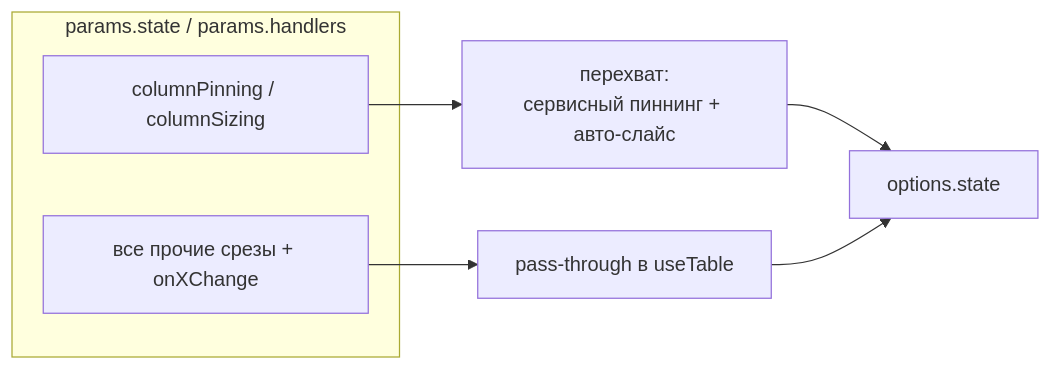
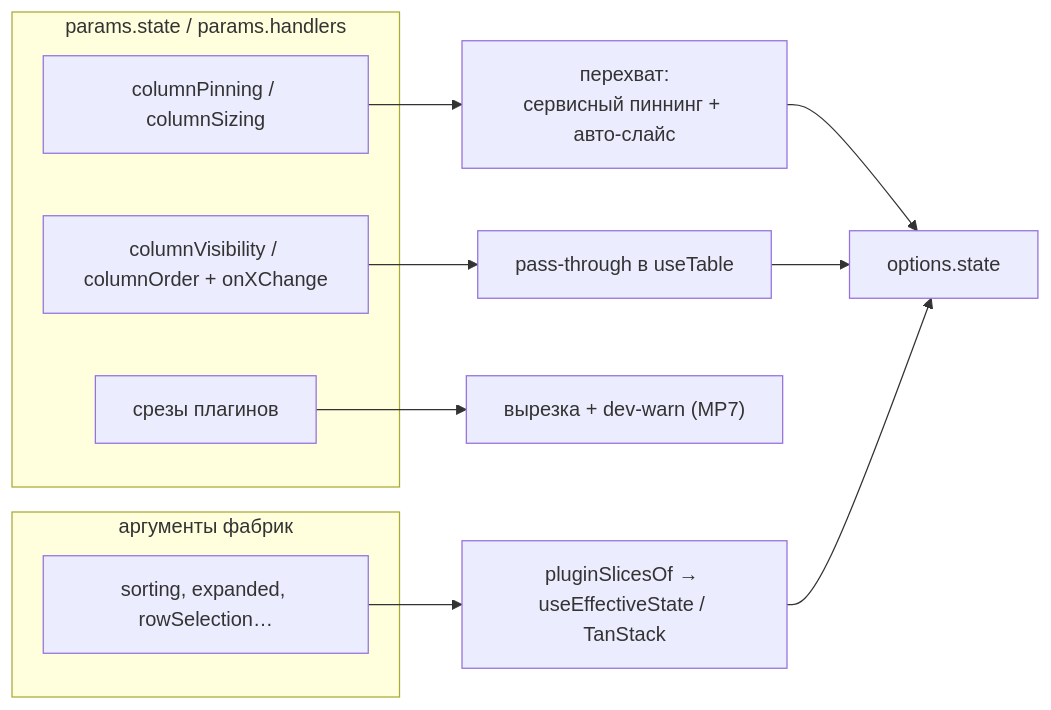
Before and after one commit to tessera-grid/tessera: the second of 2 diagrams in docs/architecture/table-assembly.md, drawn with Mermaid. The commit also changed other lines of this file and 37 other files, not shown here.

````diff
--- a/docs/architecture/table-assembly.md
+++ b/docs/architecture/table-assembly.md
@@ -76,11 +81,18 @@
 ```mermaid
 flowchart LR
     subgraph input["params.state / params.handlers"]
         P["columnPinning / columnSizing"]
-        R["все прочие срезы + onXChange"]
+        R["columnVisibility / columnOrder + onXChange"]
+        F["срезы плагинов"]
+    end
+    subgraph args["аргументы фабрик"]
+        S["sorting, expanded, rowSelection…"]
     end
     P --> CTRL["перехват:<br/>сервисный пиннинг + авто-слайс"]
     R --> PASS["pass-through в useTable"]
+    F --> DROP["вырезка + dev-warn (MP7)"]
+    S --> SLICES["pluginSlicesOf → useEffectiveState / TanStack"]
     CTRL --> MERGE["options.state"]
     PASS --> MERGE
+    SLICES --> MERGE
 ```
````
